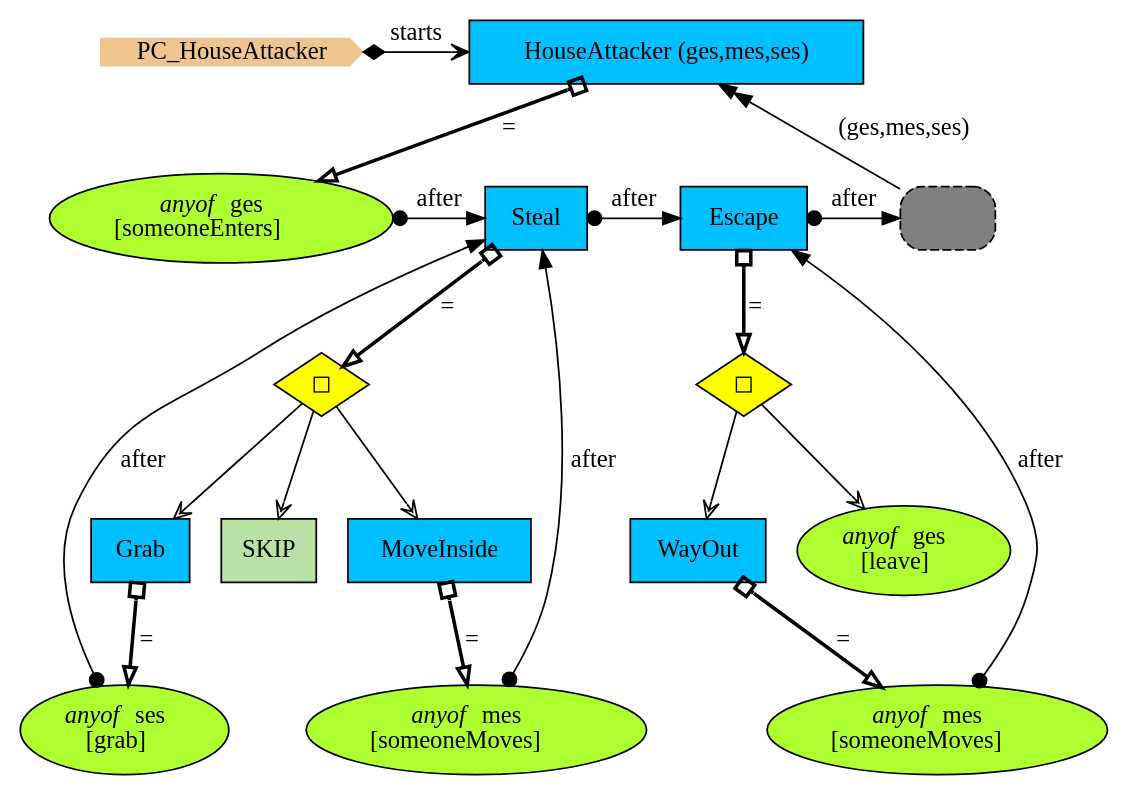
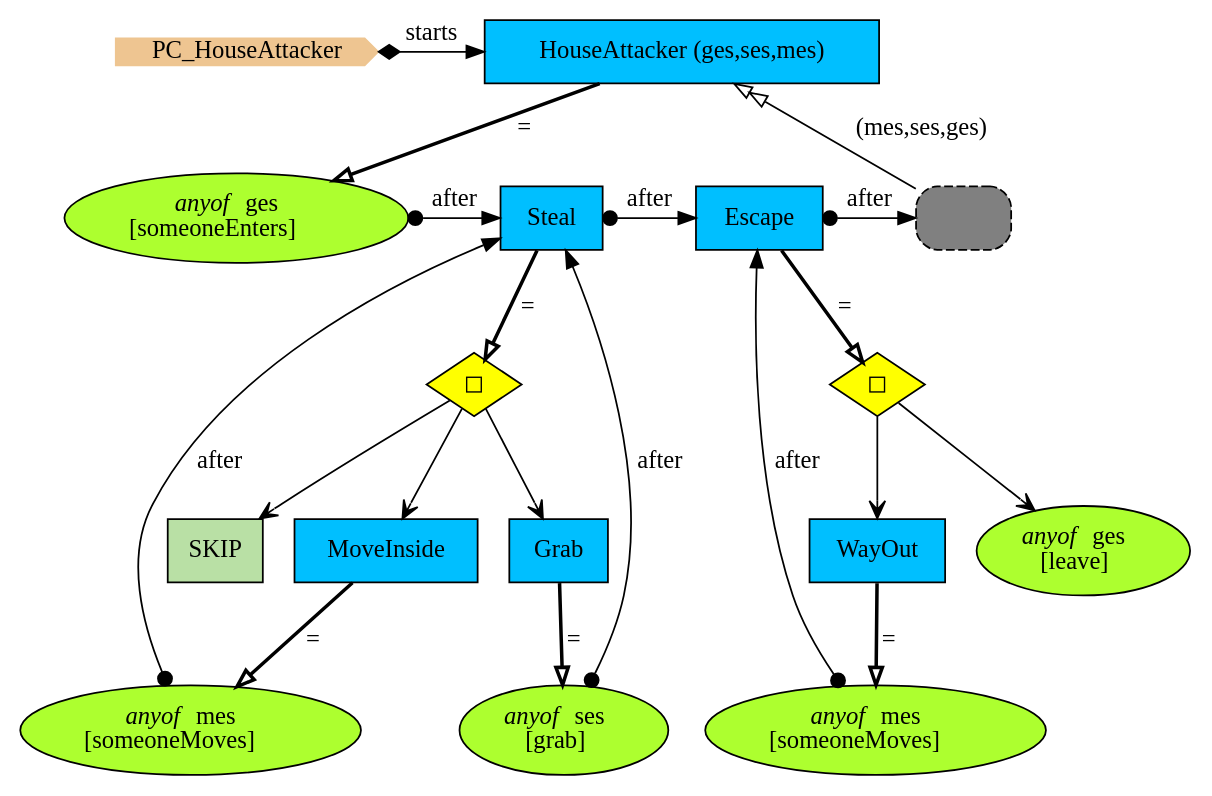
The diagram in Haskell/PCs/Examples/img/PC_HouseAttacker.gv (namalio/Fragmenta), drawn with Graphviz before and after one commit. The commit also changed 157 other files, not shown here.

```diff
--- a/Haskell/PCs/Examples/img/PC_HouseAttacker.gv
+++ b/Haskell/PCs/Examples/img/PC_HouseAttacker.gv
@@ -1,43 +1,41 @@
 digraph {
 StartN_ [shape = cds,color=burlywood2,style=filled,height=.2,width=.2, label =PC_HouseAttacker];
+HouseAttacker [shape=box,fillcolor=deepskyblue,style = filled,label="HouseAttacker (ges,ses,mes)"];
+OpSteal [shape=diamond,fillcolor=yellow,style = filled,label="◻︎"];
+SKIP [shape=box,fillcolor="#B9E0A5",style = filled,label="SKIP"];
+MoveInside [shape=box,fillcolor=deepskyblue,style = filled,label="MoveInside "];
+Grab [shape=box,fillcolor=deepskyblue,style = filled,label="Grab "];
+Escape [shape=box,fillcolor=deepskyblue,style = filled,label="Escape "];
+WayOut [shape=box,fillcolor=deepskyblue,style = filled,label="WayOut "];
 RefHouseAttacker [shape=rectangle,fillcolor=gray,style="rounded,filled,dashed",label=" "];
 leave [shape=ellipse,fillcolor=greenyellow,style = filled,label=<<I>anyof</I> ges<br/>[leave]>];
-WayOut [shape=box,fillcolor=deepskyblue,style = filled,label="WayOut "];
 someoneMoves2 [shape=ellipse,fillcolor=greenyellow,style = filled,label=<<I>anyof</I> mes<br/>[someoneMoves]>];
-Escape [shape=box,fillcolor=deepskyblue,style = filled,label="Escape "];
 OpEscape [shape=diamond,fillcolor=yellow,style = filled,label="◻︎"];
-Grab [shape=box,fillcolor=deepskyblue,style = filled,label="Grab "];
 grab [shape=ellipse,fillcolor=greenyellow,style = filled,label=<<I>anyof</I> ses<br/>[grab]>];
-MoveInside [shape=box,fillcolor=deepskyblue,style = filled,label="MoveInside "];
 someoneMoves [shape=ellipse,fillcolor=greenyellow,style = filled,label=<<I>anyof</I> mes<br/>[someoneMoves]>];
-SKIP [shape=box,fillcolor="#B9E0A5",style = filled,label="SKIP"];
 Steal [shape=box,fillcolor=deepskyblue,style = filled,label="Steal "];
-OpSteal [shape=diamond,fillcolor=yellow,style = filled,label="◻︎"];
 someoneEnters [shape=ellipse,fillcolor=greenyellow,style = filled,label=<<I>anyof</I> ges<br/>[someoneEnters]>];
-HouseAttacker [shape=box,fillcolor=deepskyblue,style = filled,label="HouseAttacker (ges,mes,ses)"];
 
-{rank=min;StartN_,HouseAttacker}
-{rank=same;someoneEnters,Steal,Escape,RefHouseAttacker}
-{rank=same;Steal,Escape,RefHouseAttacker}
-{rank=same;Escape,RefHouseAttacker}
+{rank=same;Steal,Escape,RefHouseAttacker,someoneEnters}
+{rank=same;HouseAttacker,StartN_}
 
 Escape->RefHouseAttacker[arrowtail=dot,dir=both,label="after"];
-RefHouseAttacker->HouseAttacker[arrowhead="normalnormal",label=" (ges,mes,ses)"];
 Steal->Escape[arrowtail=dot,dir=both,label="after"];
-OpEscape->leave[arrowhead="vee",fillcolor=white];
 someoneMoves2->Escape[arrowtail=dot,dir=both,label="after"];
-OpEscape->WayOut[arrowhead="vee",fillcolor=white];
 grab->Steal[arrowtail=dot,dir=both,label="after"];
+OpSteal->SKIP[arrowhead="open"];
+OpSteal->MoveInside[arrowhead="open"];
+StartN_->HouseAttacker[arrowtail=diamond,dir=both,label="starts"];
+HouseAttacker->someoneEnters[arrowhead="onormal",penwidth=2,label="="];
+MoveInside->someoneMoves[arrowhead="onormal",penwidth=2,label="="];
+Grab->grab[arrowhead="onormal",penwidth=2,label="="];
+Escape->OpEscape[arrowhead="onormal",penwidth=2,label="="];
+WayOut->someoneMoves2[arrowhead="onormal",penwidth=2,label="="];
+Steal->OpSteal[arrowhead="onormal",penwidth=2,label="="];
+someoneEnters->Steal[arrowtail=dot,dir=both,label="after"];
+OpSteal->Grab[arrowhead="open"];
 someoneMoves->Steal[arrowtail=dot,dir=both,label="after"];
-OpSteal->SKIP[arrowhead="vee",fillcolor=white];
-OpSteal->Grab[arrowhead="vee",fillcolor=white];
-OpSteal->MoveInside[arrowhead="vee",fillcolor=white];
-someoneEnters->Steal[arrowtail=dot,dir=both,label="after"];
-StartN_->HouseAttacker[arrowhead="open",arrowtail=diamond,dir=both,label="starts"];
-WayOut->someoneMoves2[arrowhead="onormal",dir=both,arrowtail=obox,penwidth=2,label="="];
-Escape->OpEscape[arrowhead="onormal",dir=both,arrowtail=obox,penwidth=2,label="="];
-Grab->grab[arrowhead="onormal",dir=both,arrowtail=obox,penwidth=2,label="="];
-MoveInside->someoneMoves[arrowhead="onormal",dir=both,arrowtail=obox,penwidth=2,label="="];
-Steal->OpSteal[arrowhead="onormal",dir=both,arrowtail=obox,penwidth=2,label="="];
-HouseAttacker->someoneEnters[arrowhead="onormal",dir=both,arrowtail=obox,penwidth=2,label="="];
+OpEscape->WayOut[arrowhead="open"];
+OpEscape->leave[arrowhead="open"];
+RefHouseAttacker->HouseAttacker[arrowhead="normalnormal",fillcolor=white,label=" (mes,ses,ges)"];
 }
```
